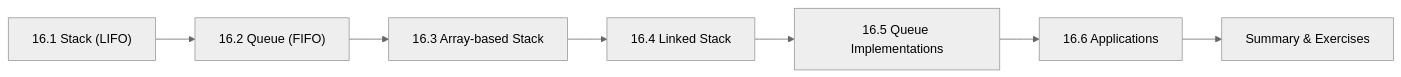
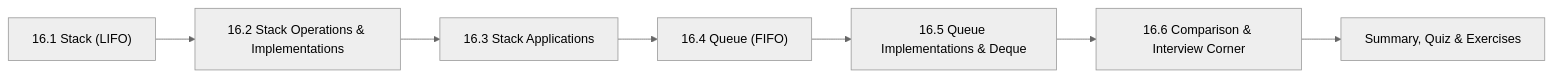
Before and after one commit to Raushan666java/ai-engineering-journey: the diagram in docs/courses/c-programming/16-stacks-queues.md, drawn with Mermaid (neutral theme). The commit also changed other lines of this file and 23 other files, not shown here.

````diff
--- a/docs/courses/c-programming/16-stacks-queues.md
+++ b/docs/courses/c-programming/16-stacks-queues.md
@@ -25,9 +26,9 @@
 ```mermaid
 flowchart LR
-    A["16.1 Stack (LIFO)"] --> B["16.2 Queue (FIFO)"]
-    B --> C["16.3 Array-based Stack"]
-    C --> D["16.4 Linked Stack"]
-    D --> E["16.5 Queue Implementations"]
-    E --> F["16.6 Applications"]
-    F --> G["Summary & Exercises"]
+    A["16.1 Stack (LIFO)"] --> B["16.2 Stack Operations & Implementations"]
+    B --> C["16.3 Stack Applications"]
+    C --> D["16.4 Queue (FIFO)"]
+    D --> E["16.5 Queue Implementations & Deque"]
+    E --> F["16.6 Comparison & Interview Corner"]
+    F --> G["Summary, Quiz & Exercises"]
 ```
````
